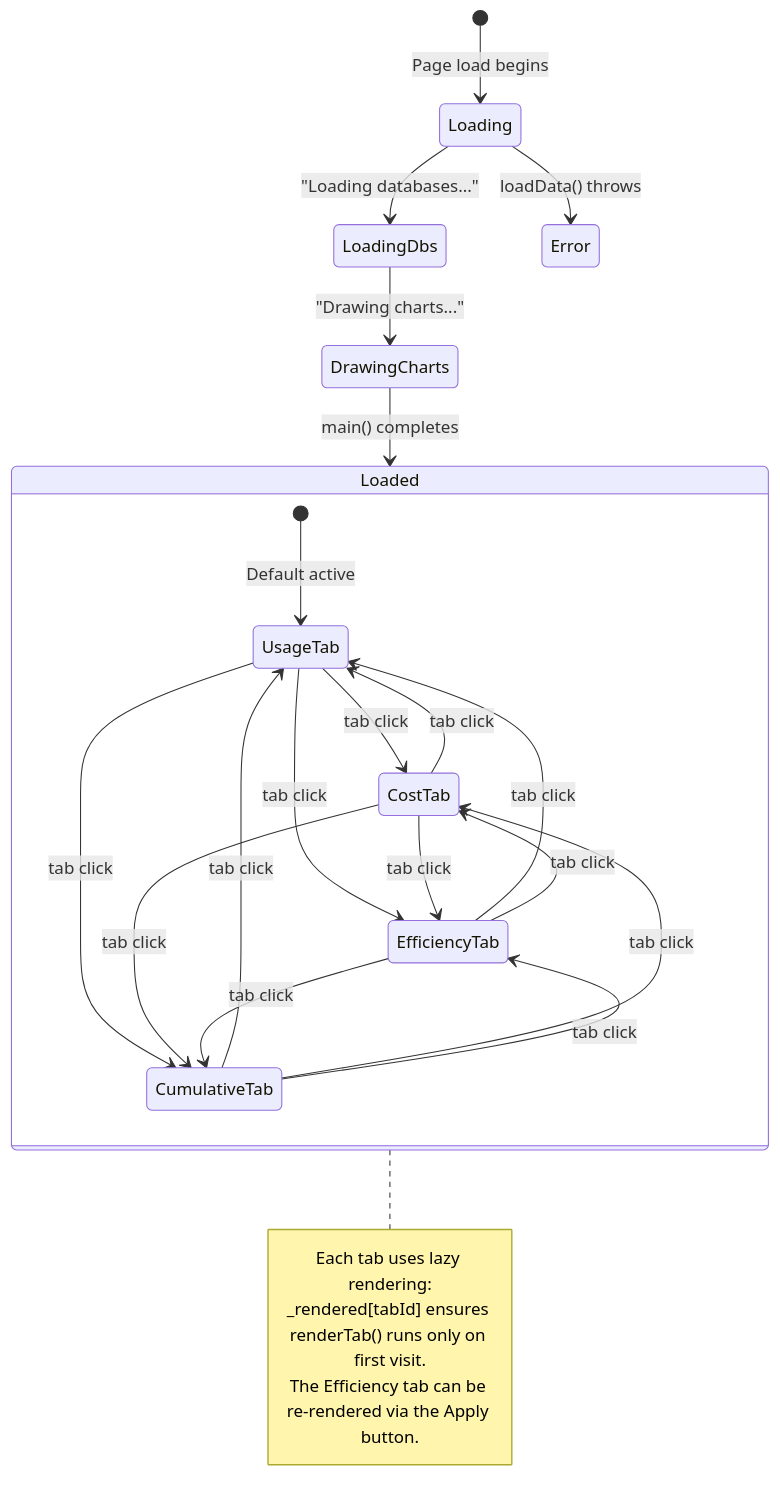
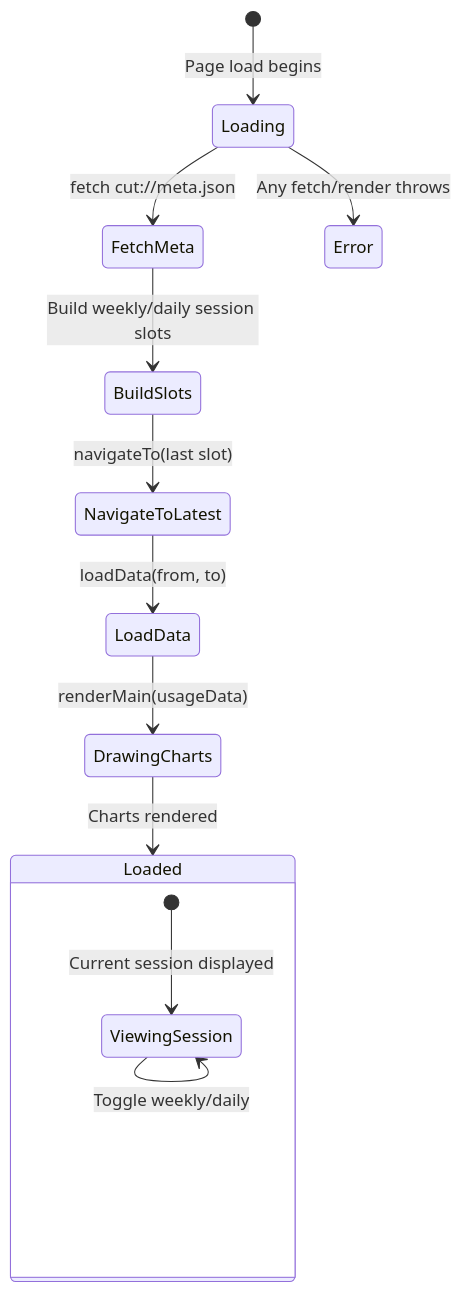
Before and after one commit to grad13/Claude-Usage-Tracker: the diagram in docs/spec/analysis/analysis-exporter.md, drawn with Mermaid. The commit also changed other lines of this file and 47 other files, not shown here.

````diff
--- a/docs/spec/analysis/analysis-exporter.md
+++ b/docs/spec/analysis/analysis-exporter.md
@@ -152,30 +132,17 @@
 ```mermaid
 stateDiagram-v2
     [*] --> Loading: Page load begins
-    Loading --> LoadingDbs: "Loading databases..."
-    LoadingDbs --> DrawingCharts: "Drawing charts..."
-    DrawingCharts --> Loaded: main() completes
-    Loading --> Error: loadData() throws
+    Loading --> FetchMeta: fetch cut://meta.json
+    FetchMeta --> BuildSlots: Build weekly/daily session slots
+    BuildSlots --> NavigateToLatest: navigateTo(last slot)
+    NavigateToLatest --> LoadData: loadData(from, to)
+    LoadData --> DrawingCharts: renderMain(usageData)
+    DrawingCharts --> Loaded: Charts rendered
+    Loading --> Error: Any fetch/render throws
 
     state Loaded {
-        [*] --> UsageTab: Default active
-        UsageTab --> CostTab: tab click
-        UsageTab --> EfficiencyTab: tab click
-        UsageTab --> CumulativeTab: tab click
-        CostTab --> UsageTab: tab click
-        CostTab --> EfficiencyTab: tab click
-        CostTab --> CumulativeTab: tab click
-        EfficiencyTab --> UsageTab: tab click
-        EfficiencyTab --> CumulativeTab: tab click
-        EfficiencyTab --> CostTab: tab click
-        CumulativeTab --> UsageTab: tab click
-        CumulativeTab --> CostTab: tab click
-        CumulativeTab --> EfficiencyTab: tab click
+        [*] --> ViewingSession: Current session displayed
+        ViewingSession --> ViewingSession: Nav prev/next
+        ViewingSession --> ViewingSession: Toggle weekly/daily
     }
-
-    note right of Loaded
-        Each tab uses lazy rendering:
-        _rendered[tabId] ensures renderTab() runs only on first visit.
-        The Efficiency tab can be re-rendered via the Apply button.
-    end note
 ```
````
